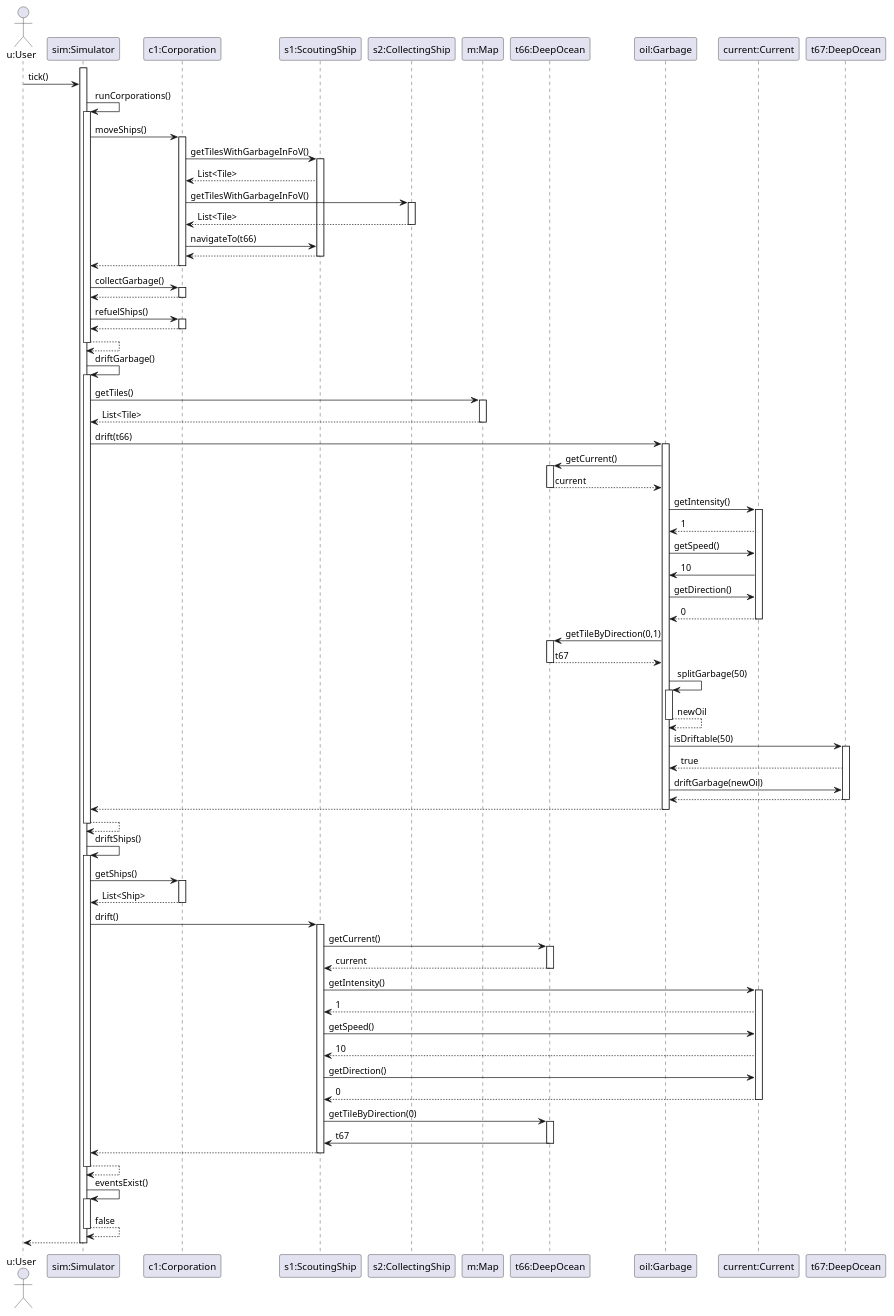
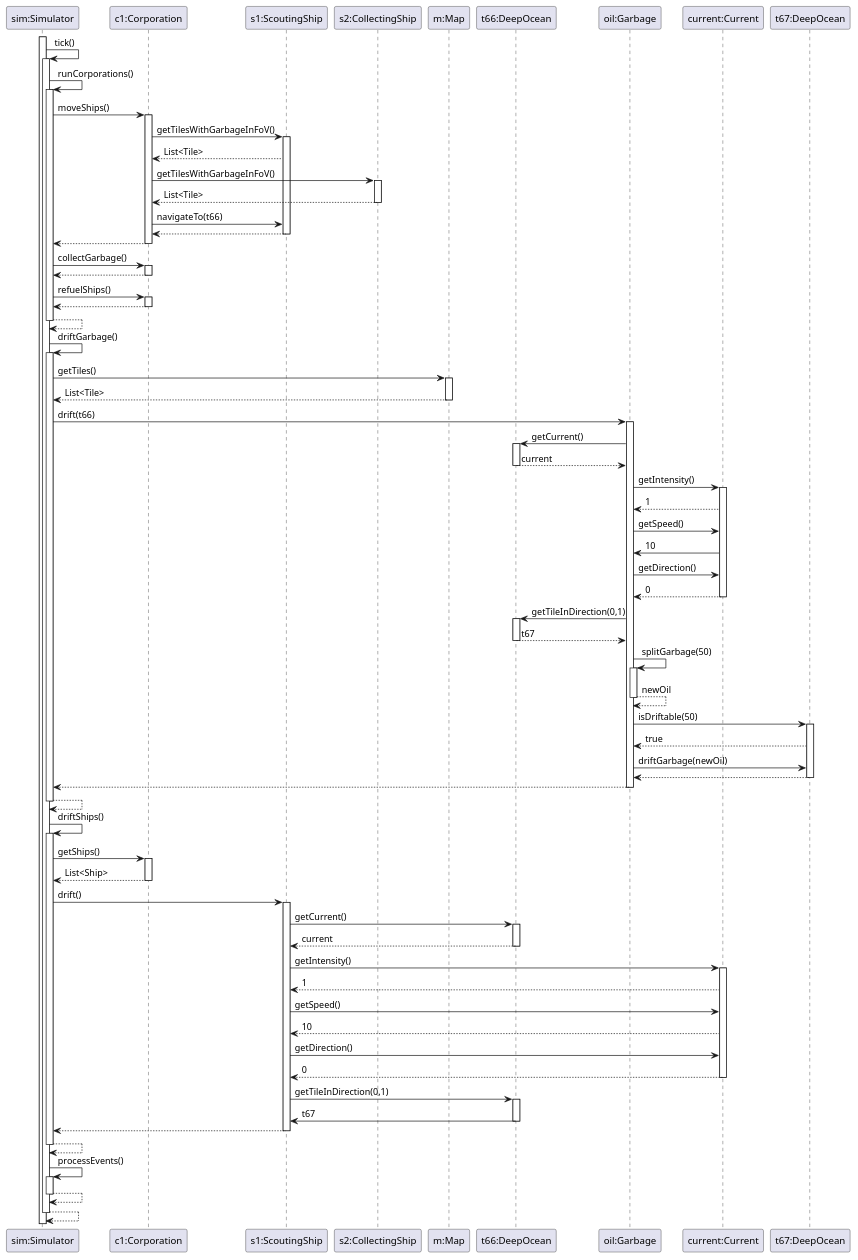
Before and after one commit to Atharvakore/Save-The-Saardines: the diagram in SequenceTick25.puml, drawn with PlantUML.

Commit message:
changed tick start

```diff
--- a/SequenceTick25.puml
+++ b/SequenceTick25.puml
@@ -1,173 +1,174 @@
 @startuml
-actor "u:User" as u
 participant "sim:Simulator" as s
 participant "c1:Corporation" as c1
 participant "s1:ScoutingShip" as scouting
 participant "s2:CollectingShip" as collecting
 participant "m:Map" as m
 participant "t66:DeepOcean" as t66
 participant "oil:Garbage" as oil
 participant "current:Current" as current
 participant "t67:DeepOcean" as t67
 
 
 
 
 activate s
-u -> s: tick()
+
+s -> s: tick()
+activate s
 
 s -> s: runCorporations()
 activate s
 
 s -> c1: moveShips()
 activate c1
 
 c1 -> scouting: getTilesWithGarbageInFoV()
 activate scouting
 
 scouting --> c1: List<Tile>
 
 c1 -> collecting: getTilesWithGarbageInFoV()
 activate collecting
 
 collecting --> c1: List<Tile>
 deactivate collecting
 
 c1 -> scouting: navigateTo(t66)
 scouting --> c1
 deactivate scouting
 
 
 c1 --> s
 deactivate c1
 
 
 s -> c1: collectGarbage()
 activate c1
 c1--> s
 deactivate c1
 
 
 s -> c1: refuelShips()
 activate c1
 c1--> s
 deactivate c1
 
 s --> s
 deactivate s
 
 s -> s: driftGarbage()
 activate s
 
 s -> m: getTiles()
 activate m
 
 m --> s : List<Tile>
 deactivate m
 
 s -> oil: drift(t66)
 activate oil
 
 oil -> t66: getCurrent()
 activate t66
 
 t66 --> oil: current
 deactivate t66
 
 oil -> current: getIntensity()
 activate current
 
 current --> oil: 1
 
 
 
 oil -> current: getSpeed()
 current-> oil: 10
 
 oil -> current: getDirection()
 current --> oil: 0
 deactivate current
-oil -> t66: getTileByDirection(0,1)
+oil -> t66: getTileInDirection(0,1)
 activate t66
 
 t66 --> oil: t67
 deactivate t66
 
 oil -> oil: splitGarbage(50)
 activate oil
 oil --> oil: newOil
 deactivate oil
 ' Here the problem is: Current can drift more than 1 tile, but we call drift(t67,curr)
 ' without actually computing the destination tile, we just assume it goes there and then
 ' query getIntensity() and getSpeed() which makes no sense at this point.
 
 oil -> t67: isDriftable(50)
 activate t67
 
 t67 --> oil: true
 
 
 
 
 oil -> t67: driftGarbage(newOil)
 t67 --> oil
 deactivate t67
 
 oil --> s
 deactivate oil
 
 s --> s
 deactivate s
 
 
 s -> s: driftShips()
 activate s
 
 s -> c1: getShips()
 activate c1
 
 c1 --> s: List<Ship>
 deactivate c1
 s -> scouting: drift()
 activate scouting
 
 scouting -> t66: getCurrent()
 activate t66
 
 t66 --> scouting: current
 deactivate t66
 
 
 scouting -> current: getIntensity()
 activate current
 
 current --> scouting: 1
 
 scouting -> current: getSpeed()
 current --> scouting: 10
 
 scouting -> current: getDirection()
 current --> scouting: 0
 deactivate current
 
-scouting -> t66: getTileByDirection(0)
+scouting -> t66: getTileInDirection(0,1)
 activate t66
 
 t66 -> scouting: t67
 deactivate t66
 
 
 scouting --> s
 deactivate scouting
 
 s --> s
 deactivate s
-s -> s: eventsExist()
+s -> s: processEvents()
 activate s
-s --> s: false
+s --> s
 deactivate s
 
-s --> u
+s --> s
 deactivate s
 
 @enduml
```
